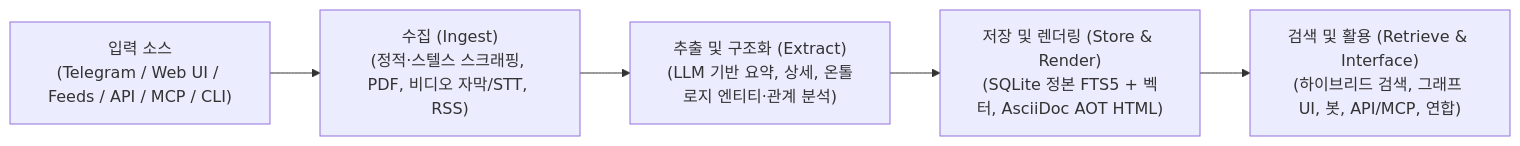
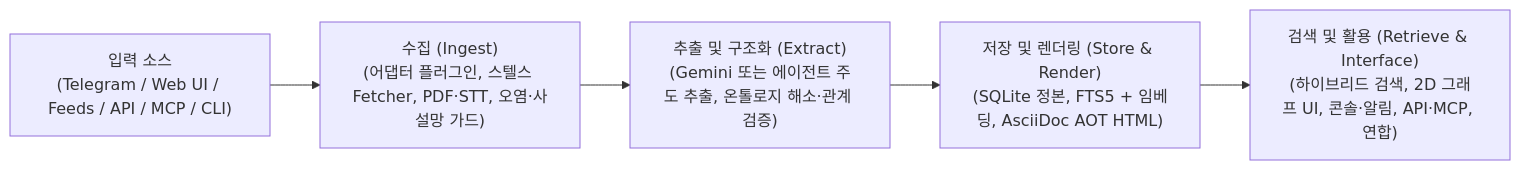
Before and after one commit to fofwisdom/claire-bible: the diagram in README.md, drawn with Mermaid. The commit also changed other lines of this file and 5 other files, not shown here.

````diff
--- a/README.md
+++ b/README.md
@@ -12,7 +16,7 @@
 ```mermaid
 flowchart LR
-    A["입력 소스\n(Telegram / Web UI / Feeds / API / MCP / CLI)"] --> B["수집 (Ingest)\n(정적·스텔스 스크래핑, PDF, 비디오 자막/STT, RSS)"]
-    B --> C["추출 및 구조화 (Extract)\n(LLM 기반 요약, 상세, 온톨로지 엔티티·관계 분석)"]
-    C --> D["저장 및 렌더링 (Store & Render)\n(SQLite 정본 FTS5 + 벡터, AsciiDoc AOT HTML)"]
-    D --> E["검색 및 활용 (Retrieve & Interface)\n(하이브리드 검색, 그래프 UI, 봇, API/MCP, 연합)"]
+    A["입력 소스\n(Telegram / Web UI / Feeds / API / MCP / CLI)"] --> B["수집 (Ingest)\n(어댑터 플러그인, 스텔스 Fetcher, PDF·STT, 오염·사설망 가드)"]
+    B --> C["추출 및 구조화 (Extract)\n(Gemini 또는 에이전트 주도 추출, 온톨로지 해소·관계 검증)"]
+    C --> D["저장 및 렌더링 (Store & Render)\n(SQLite 정본, FTS5 + 임베딩, AsciiDoc AOT HTML)"]
+    D --> E["검색 및 활용 (Retrieve & Interface)\n(하이브리드 검색, 2D 그래프 UI, 콘솔·알림, API·MCP, 연합)"]
 ```
````
